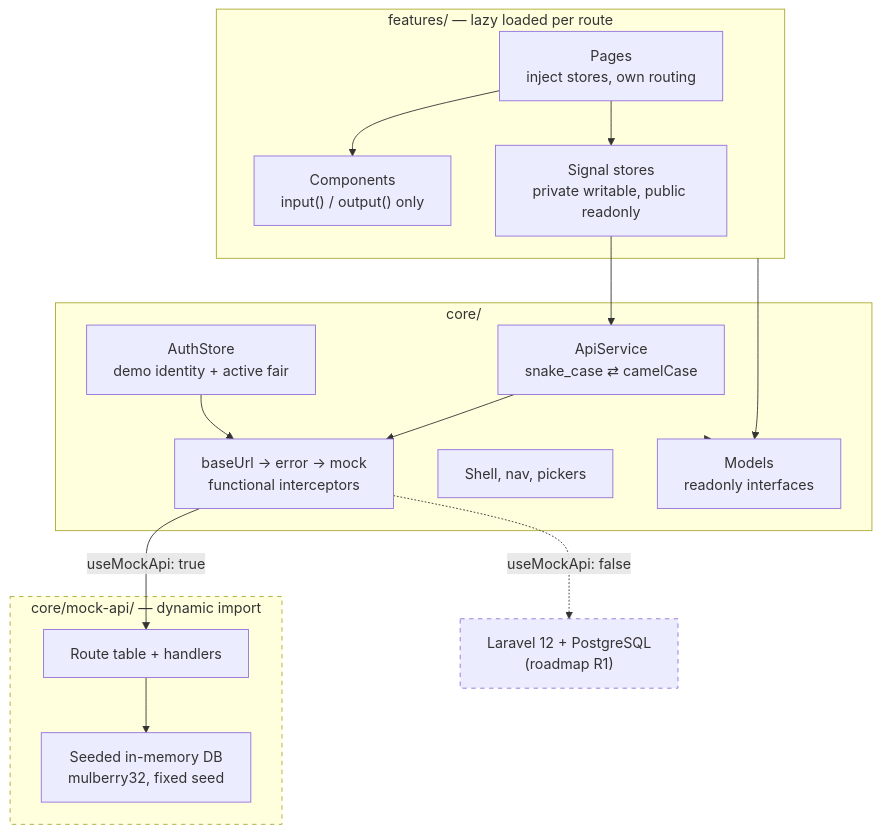
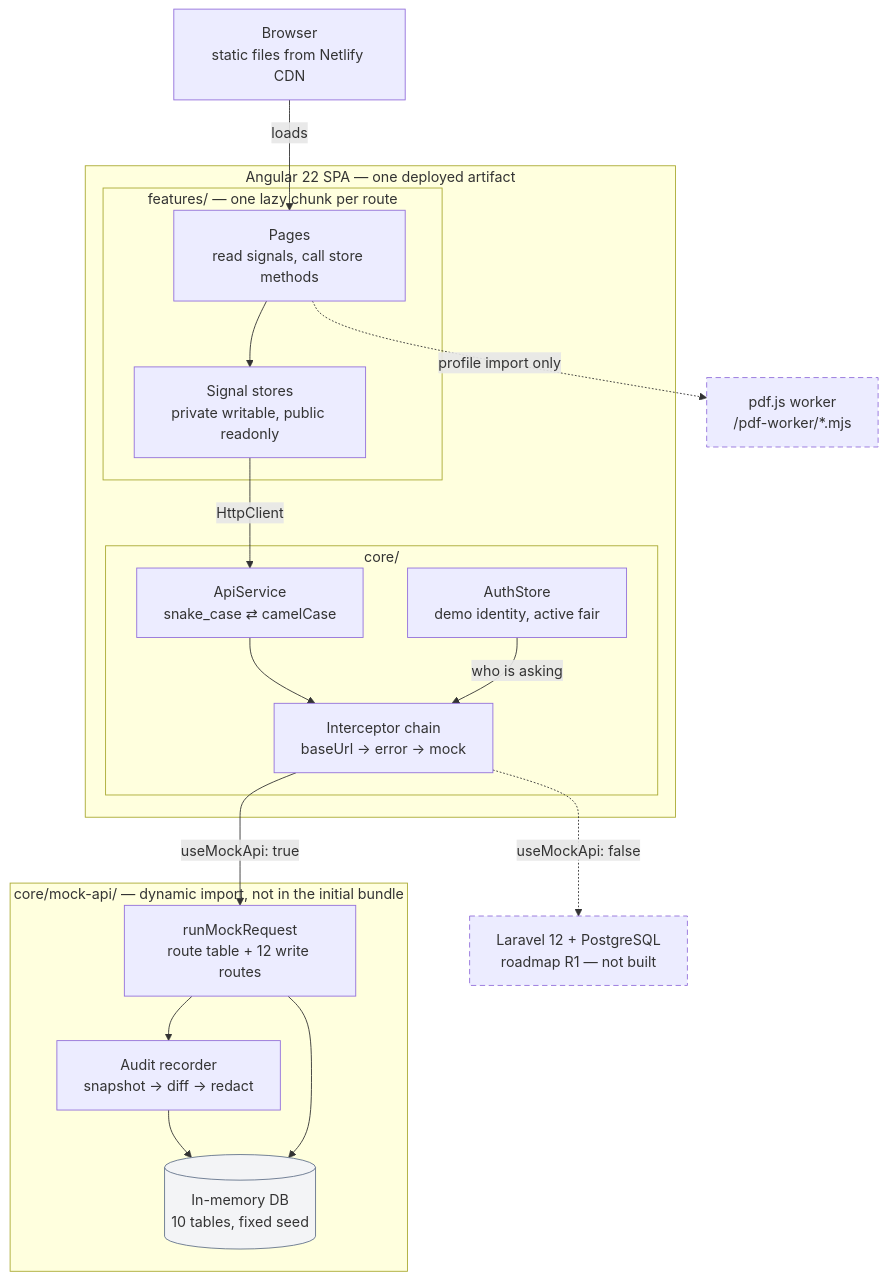
Before and after one commit to amiridlan/bank-fair: the diagram in README.md, drawn with Mermaid. The commit also changed other lines of this file, not shown here.

Commit message:
docs: bring the README up to date with S1-S4 and A1-A3
It still described two roles, put the demo controls in the user menu,
and counted 233 tests. Now covers the job seeker portal, employer
self-service and the staff queue, profile import, loading feedback,
Settings and the audit log, with the architecture diagram refreshed and
the rest pointed at docs/diagrams/.

Claude-Session: https://claude.ai/code/session_013Eiyv6kBrGHrKPsyaChCjo

````diff
--- a/README.md
+++ b/README.md
@@ -45,37 +56,44 @@
 ```mermaid
 flowchart TB
-    subgraph features["features/ — lazy loaded per route"]
-        pages["Pages<br/>inject stores, own routing"]
-        components["Components<br/>input() / output() only"]
-        stores["Signal stores<br/>private writable, public readonly"]
-        pages --> components
-        pages --> stores
+    browser["Browser<br/>static files from Netlify CDN"]
+
+    subgraph app["Angular 22 SPA — one deployed artifact"]
+        subgraph features["features/ — one lazy chunk per route"]
+            pages["Pages<br/>read signals, call store methods"]
+            stores["Signal stores<br/>private writable, public readonly"]
+            pages --> stores
+        end
+
+        subgraph core["core/"]
+            api["ApiService<br/>snake_case ⇄ camelCase"]
+            chain["Interceptor chain<br/>baseUrl → error → mock"]
+            auth["AuthStore<br/>demo identity, active fair"]
+        end
+
+        stores -->|"HttpClient"| api
+        api --> chain
+        auth -->|"who is asking"| chain
     end
 
-    subgraph core["core/"]
-        api["ApiService<br/>snake_case ⇄ camelCase"]
-        interceptors["baseUrl → error → mock<br/>functional interceptors"]
-        auth["AuthStore<br/>demo identity + active fair"]
-        layout["Shell, nav, pickers"]
-        models["Models<br/>readonly interfaces"]
-    end
-
-    subgraph mock["core/mock-api/ — dynamic import"]
-        engine["Route table + handlers"]
-        db["Seeded in-memory DB<br/>mulberry32, fixed seed"]
+    subgraph mock["core/mock-api/ — dynamic import, not in the initial bundle"]
+        engine["runMockRequest<br/>route table + 12 write routes"]
+        recorder["Audit recorder<br/>snapshot → diff → redact"]
+        db[("In-memory DB<br/>10 tables, fixed seed")]
+        engine --> recorder
+        recorder --> db
         engine --> db
     end
 
-    laravel["Laravel 12 + PostgreSQL<br/>(roadmap R1)"]
+    worker["pdf.js worker<br/>/pdf-worker/*.mjs"]
+    laravel["Laravel 12 + PostgreSQL<br/>roadmap R1 — not built"]
 
-    stores --> api
-    api --> interceptors
-    interceptors -->|"useMockApi: true"| engine
-    interceptors -.->|"useMockApi: false"| laravel
-    auth --> interceptors
-    features --> models
-    core --> models
+    browser -->|"loads"| pages
+    chain -->|"useMockApi: true"| engine
+    chain -.->|"useMockApi: false"| laravel
+    pages -.->|"profile import only"| worker
 
-    style mock stroke-dasharray: 5 5
-    style laravel stroke-dasharray: 5 5
+    classDef external stroke-dasharray: 6 4
+    class laravel,worker external
+    classDef store fill:#f3f4f6,stroke:#64748b
+    class db store
 ```
````
